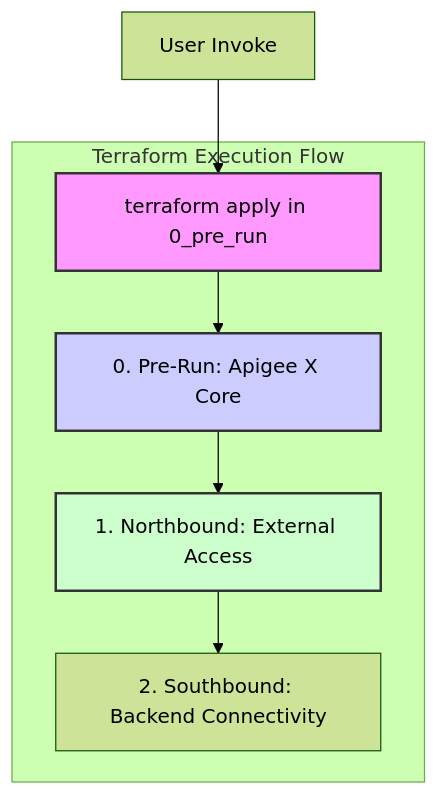
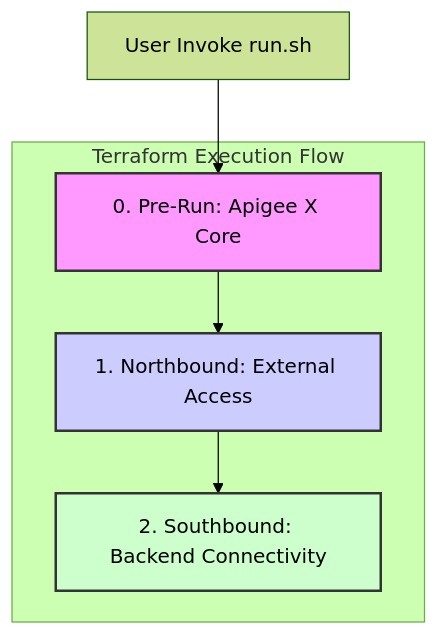
Before and after one commit to anaik91/apigee-networking-sme: the diagram in README.md, drawn with Mermaid (forest theme). The commit also changed other lines of this file and 4 other files, not shown here.

````diff
--- a/README.md
+++ b/README.md
@@ -17,12 +17,11 @@
 ```mermaid
 graph TD
-    U1[User Invoke] --> A
+    U1[User Invoke run.sh] --> A
     subgraph "Terraform Execution Flow"
-        A[terraform apply in 0_pre_run] --> B;
-        B[0. Pre-Run: Apigee X Core] --> C[1. Northbound: External Access];
-        C --> D[2. Southbound: Backend Connectivity];
+        A[0. Pre-Run: Apigee X Core] --> B[1. Northbound: External Access];
+        B --> C[2. Southbound: Backend Connectivity];
     end
     style A fill:#f9f,stroke:#333,stroke-width:2px
     style B fill:#ccf,stroke:#333,stroke-width:2px
     style C fill:#cfc,stroke:#333,stroke-width:2px
 ```
````
